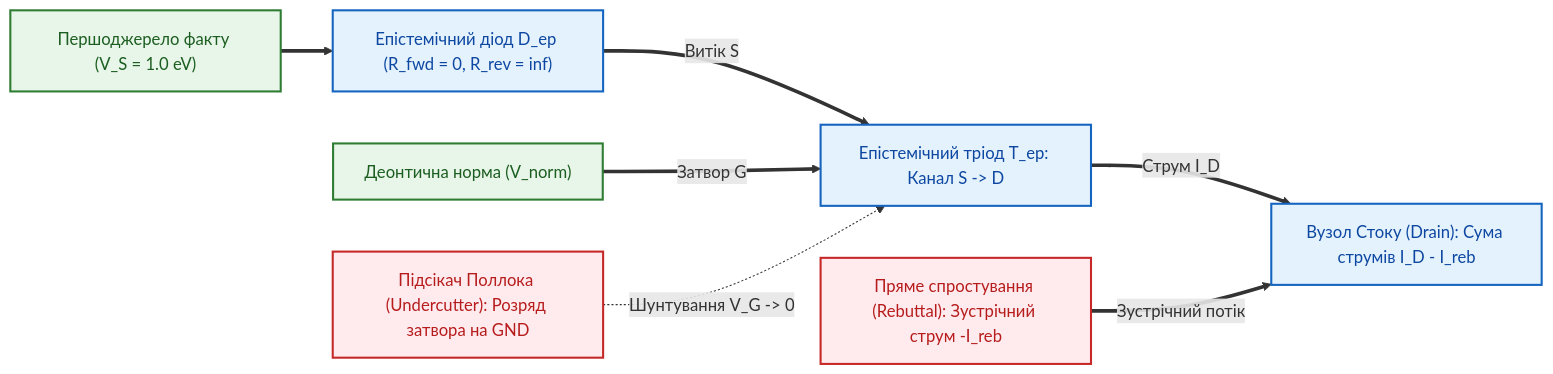
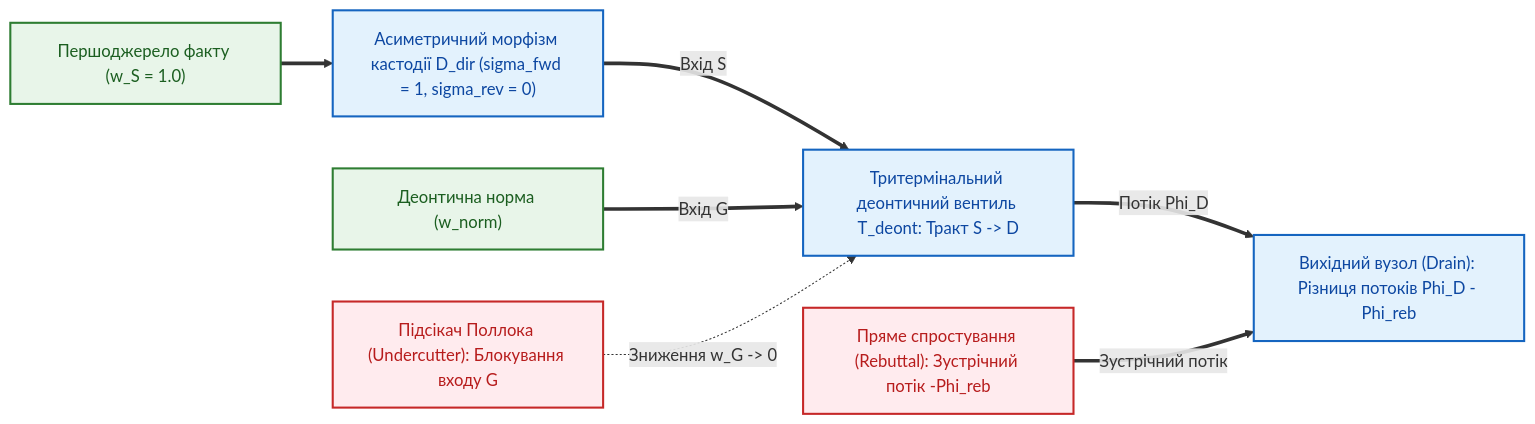
Before and after one commit to nick-fedchik/articles: the second of 2 diagrams in Epistemic_Circuit_Theory/ch06-epistemic-triode-and-transistor.md, drawn with Mermaid. The commit also changed other lines of this file and 10 other files, not shown here.

````diff
--- a/Epistemic_Circuit_Theory/ch06-epistemic-triode-and-transistor.md
+++ b/Epistemic_Circuit_Theory/ch06-epistemic-triode-and-transistor.md
@@ -83,27 +81,27 @@
 ```mermaid
 flowchart LR
-    accTitle: Фізика розрізнення Undercut та Rebuttal на епістемічному тріоді
-    accDescr: Вхідний факт проходить через епістемічний діод на Витік; підсікач (Undercut) розряджає Затвор, а пряме спростування (Rebuttal) подає зустрічний струм у вузол Стоку.
+    accTitle: Рисунок 6.2. Структурне розмежування підсікання на керуючому вході (Undercut) та прямого спростування на виході (Rebuttal)
+    accDescr: Вхідний факт проходить через асиметричний морфізм кастодії на вхід Source; підсікач (Undercut) блокує керуючий вхід Gate, а пряме спростування (Rebuttal) подає зустрічний потік у вихідний вузол Drain.
 
-    Fact["Першоджерело факту (V_S = 1.0 eV)"]
-    Diode["Епістемічний діод D_ep (R_fwd = 0, R_rev = inf)"]
-    Norm["Деонтична норма (V_norm)"]
-    Undercut["Підсікач Поллока (Undercutter): Розряд затвора на GND"]
-    Triode["Епістемічний тріод T_ep: Канал S -> D"]
-    Rebuttal["Пряме спростування (Rebuttal): Зустрічний струм -I_reb"]
-    DrainNode["Вузол Стоку (Drain): Сума струмів I_D - I_reb"]
+    Fact["Першоджерело факту (w_S = 1.0)"]
+    Diode["Асиметричний морфізм кастодії D_dir (sigma_fwd = 1, sigma_rev = 0)"]
+    Norm["Деонтична норма (w_norm)"]
+    Undercut["Підсікач Поллока (Undercutter): Блокування входу G"]
+    Triode["Тритермінальний деонтичний вентиль T_deont: Тракт S -> D"]
+    Rebuttal["Пряме спростування (Rebuttal): Зустрічний потік -Phi_reb"]
+    DrainNode["Вихідний вузол (Drain): Різниця потоків Phi_D - Phi_reb"]
 
     Fact ==> Diode
-    Diode ==>|"Витік S"| Triode
-    Norm ==>|"Затвор G"| Triode
-    Undercut -.->|"Шунтування V_G -> 0"| Triode
-    Triode ==>|"Струм I_D"| DrainNode
+    Diode ==>|"Вхід S"| Triode
+    Norm ==>|"Вхід G"| Triode
+    Undercut -.->|"Зниження w_G -> 0"| Triode
+    Triode ==>|"Потік Phi_D"| DrainNode
     Rebuttal ==>|"Зустрічний потік"| DrainNode
 
     classDef source fill:#e8f5e9,stroke:#2e7d32,stroke-width:2px,color:#1b5e20;
     classDef active fill:#e3f2fd,stroke:#1565c0,stroke-width:2px,color:#0d47a1;
     classDef attack fill:#ffebee,stroke:#c62828,stroke-width:2px,color:#b71c1c;
     class Fact,Norm source;
     class Diode,Triode,DrainNode active;
     class Undercut,Rebuttal attack;
 ```
````
